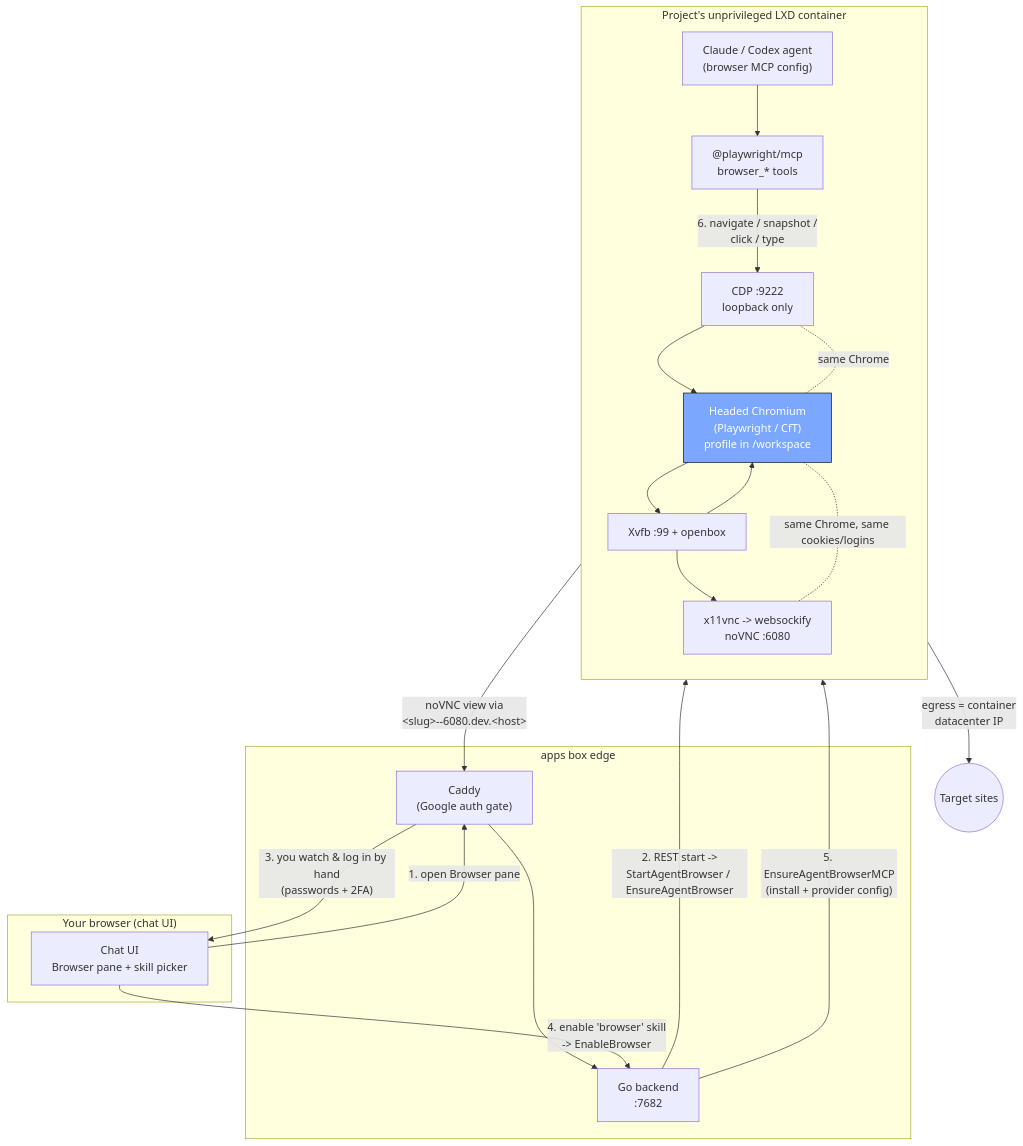
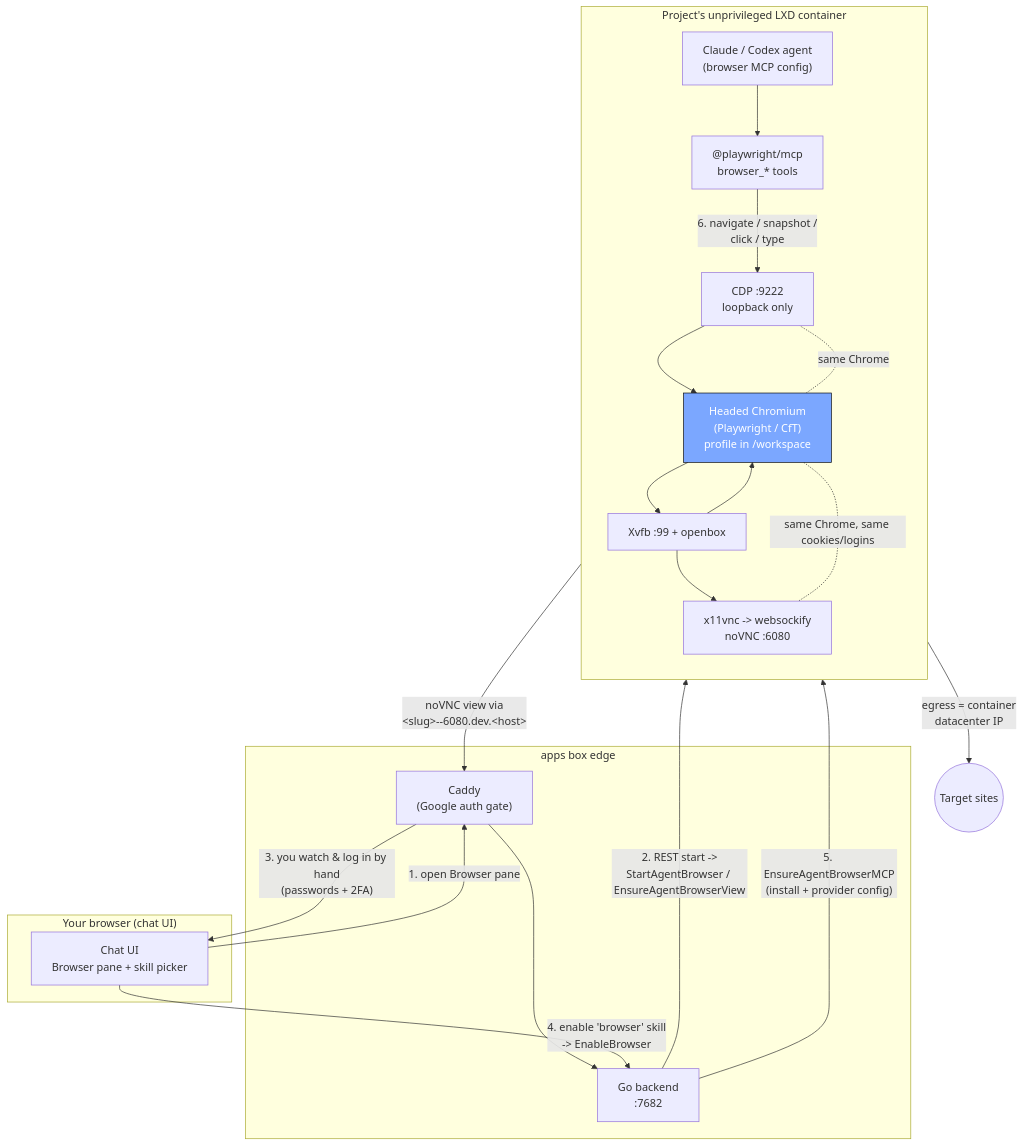
The diagram in docs/agent-browser.md (AbdallahMohamedDotnet/remote.futrx), drawn with Mermaid before and after one commit. The commit also changed other lines of this file and 7 other files, not shown here.

Commit message:
Fix agent browser operational edges

````diff
--- a/docs/agent-browser.md
+++ b/docs/agent-browser.md
@@ -13,48 +13,48 @@
 ```mermaid
 flowchart TB
     subgraph browser_box["Your browser (chat UI)"]
         UI["Chat UI<br/>Browser pane + skill picker"]
     end
 
     subgraph edge["apps box edge"]
         Caddy["Caddy<br/>(Google auth gate)"]
         Backend["Go backend<br/>:7682"]
     end
 
     subgraph container["Project's unprivileged LXD container"]
         direction TB
         Agent["Claude / Codex agent<br/>(browser MCP config)"]
         MCP["@playwright/mcp<br/>browser_* tools"]
         Chrome["Headed Chromium<br/>(Playwright / CfT)<br/>profile in /workspace"]
         Xvfb["Xvfb :99 + openbox"]
         VNC["x11vnc -> websockify<br/>noVNC :6080"]
         CDP["CDP :9222<br/>loopback only"]
     end
 
     %% ---- USER SIDE (watch + log in) ----
     UI -- "1. open Browser pane" --> Caddy
     Caddy --> Backend
-    Backend -- "2. REST start -><br/>StartAgentBrowser / EnsureAgentBrowser" --> Xvfb
+    Backend -- "2. REST start -><br/>StartAgentBrowser / EnsureAgentBrowserView" --> Xvfb
     Xvfb --> Chrome
     Chrome --> Xvfb
     Xvfb --> VNC
     VNC -- "noVNC view via<br/>&lt;slug&gt;--6080.dev.&lt;host&gt;" --> Caddy
     Caddy -- "3. you watch & log in by hand<br/>(passwords + 2FA)" --> UI
 
     %% ---- AGENT SIDE (drive) ----
     UI -- "4. enable 'browser' skill<br/>-> EnableBrowser" --> Backend
     Backend -- "5. EnsureAgentBrowserMCP<br/>(install + provider config)" --> Agent
     Agent --> MCP
     MCP -- "6. navigate / snapshot /<br/>click / type" --> CDP
     CDP --> Chrome
 
     %% ---- SHARED SESSION ----
     Chrome -. "same Chrome, same cookies/logins" .- VNC
     Chrome -. "same Chrome" .- CDP
 
     %% egress
     Chrome -- "egress = container<br/>datacenter IP" --> Internet(("Target sites"))
 
     classDef shared fill:#7ba7ff,stroke:#0b0d11,color:#fff;
     class Chrome shared;
 ```
````
